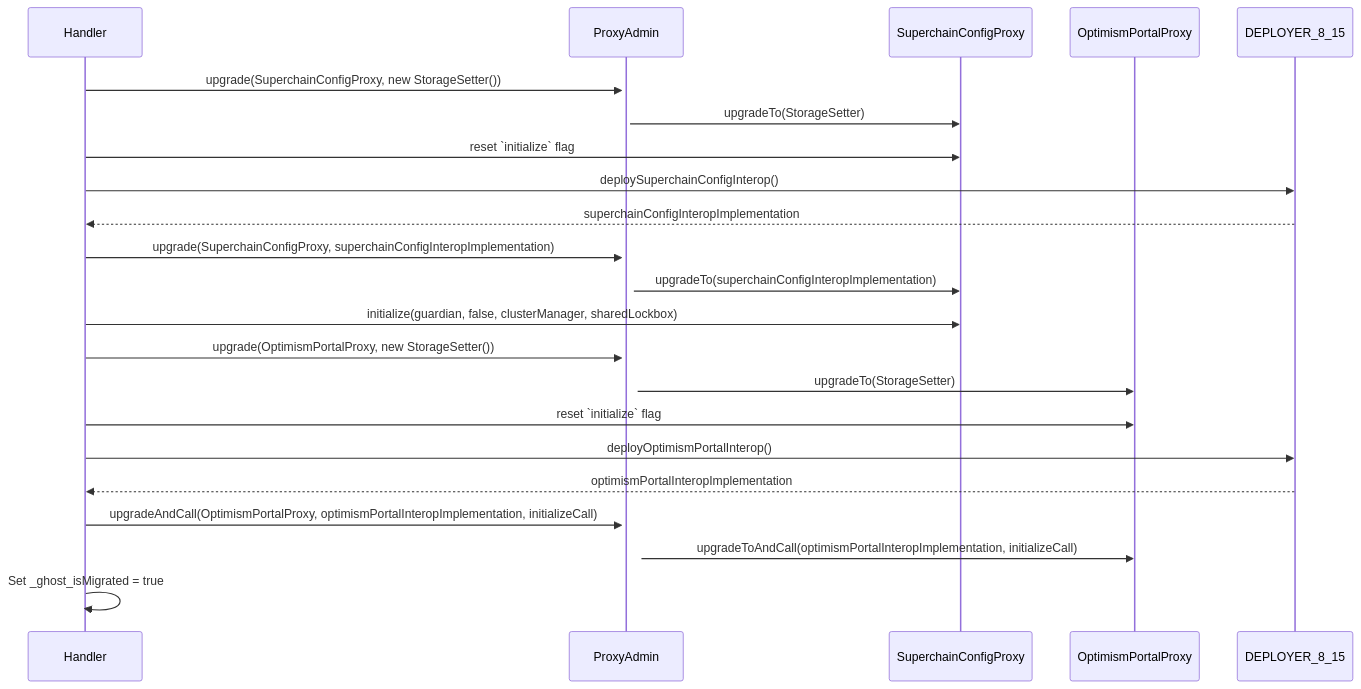
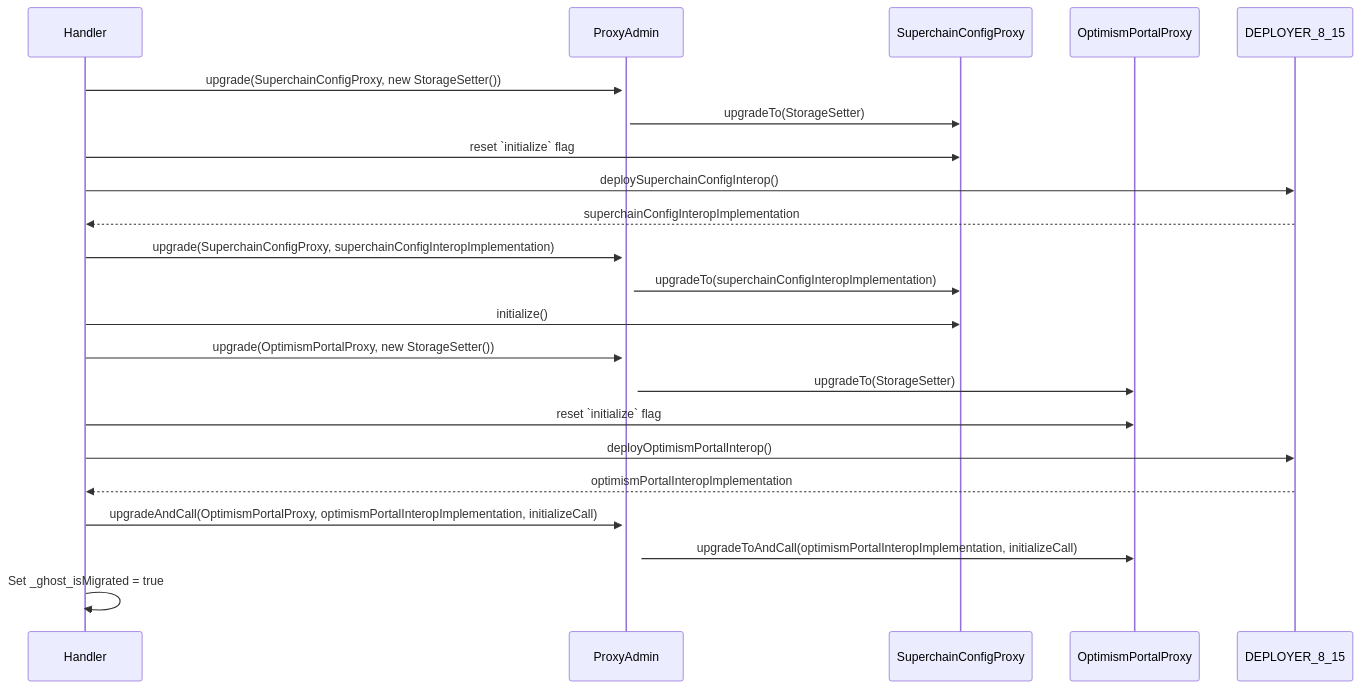
One commit to defi-wonderland/optimism changed the diagram in packages/contracts-bedrock/test/invariants/interop/OVERVIEW.md. Above: the diagram before and after it, drawn with Mermaid. The commit also changed other lines of this file, not shown here.

````diff
--- a/packages/contracts-bedrock/test/invariants/interop/OVERVIEW.md
+++ b/packages/contracts-bedrock/test/invariants/interop/OVERVIEW.md
@@ -44,36 +53,36 @@
 ```mermaid
 sequenceDiagram
     participant Handler
     participant ProxyAdmin
     participant SuperchainConfigProxy
     participant OptimismPortalProxy
     participant DEPLOYER_8_15
 
     %% Update SuperchainConfig to StorageSetter and reset `initialize` flag
     Handler->>+ProxyAdmin: upgrade(SuperchainConfigProxy, new StorageSetter())
     ProxyAdmin->>SuperchainConfigProxy: upgradeTo(StorageSetter)
     Handler->>SuperchainConfigProxy: reset `initialize` flag
 
     %% upgrade SuperchainConfigProxy to use SuperchainConfigInterop as implementation
     Handler->>DEPLOYER_8_15: deploySuperchainConfigInterop()
     DEPLOYER_8_15-->>Handler: superchainConfigInteropImplementation
     Handler->>+ProxyAdmin: upgrade(SuperchainConfigProxy, superchainConfigInteropImplementation)
     ProxyAdmin->>SuperchainConfigProxy: upgradeTo(superchainConfigInteropImplementation)
 
     %% Initialize SuperchainConfigInterop
-    Handler->>SuperchainConfigProxy: initialize(guardian, false, clusterManager, sharedLockbox)
+    Handler->>SuperchainConfigProxy: initialize()
 
 
     %% Update OptimismPortal to StorageSetter and reset `initialize` flag
     Handler->>+ProxyAdmin: upgrade(OptimismPortalProxy, new StorageSetter())
     ProxyAdmin->>OptimismPortalProxy: upgradeTo(StorageSetter)
     Handler->>OptimismPortalProxy: reset `initialize` flag
 
     %% upgrade OptimismPortalProxy to use OptimismPortalInterop as implementaiton
     Handler->>DEPLOYER_8_15: deployOptimismPortalInterop()
     DEPLOYER_8_15-->>Handler: optimismPortalInteropImplementation
     Handler->>+ProxyAdmin: upgradeAndCall(OptimismPortalProxy, optimismPortalInteropImplementation, initializeCall)
     ProxyAdmin->>OptimismPortalProxy: upgradeToAndCall(optimismPortalInteropImplementation, initializeCall)
 
     Handler->>Handler: Set _ghost_isMigrated = true
 ```
````
